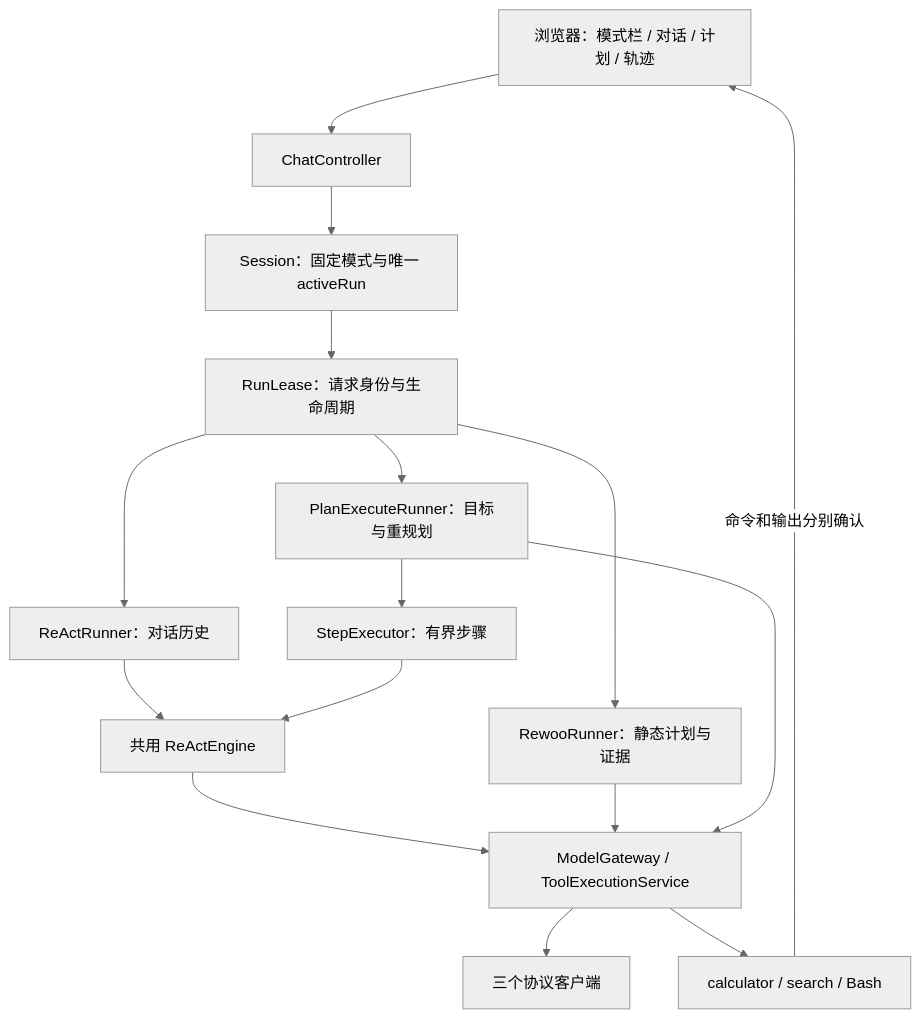
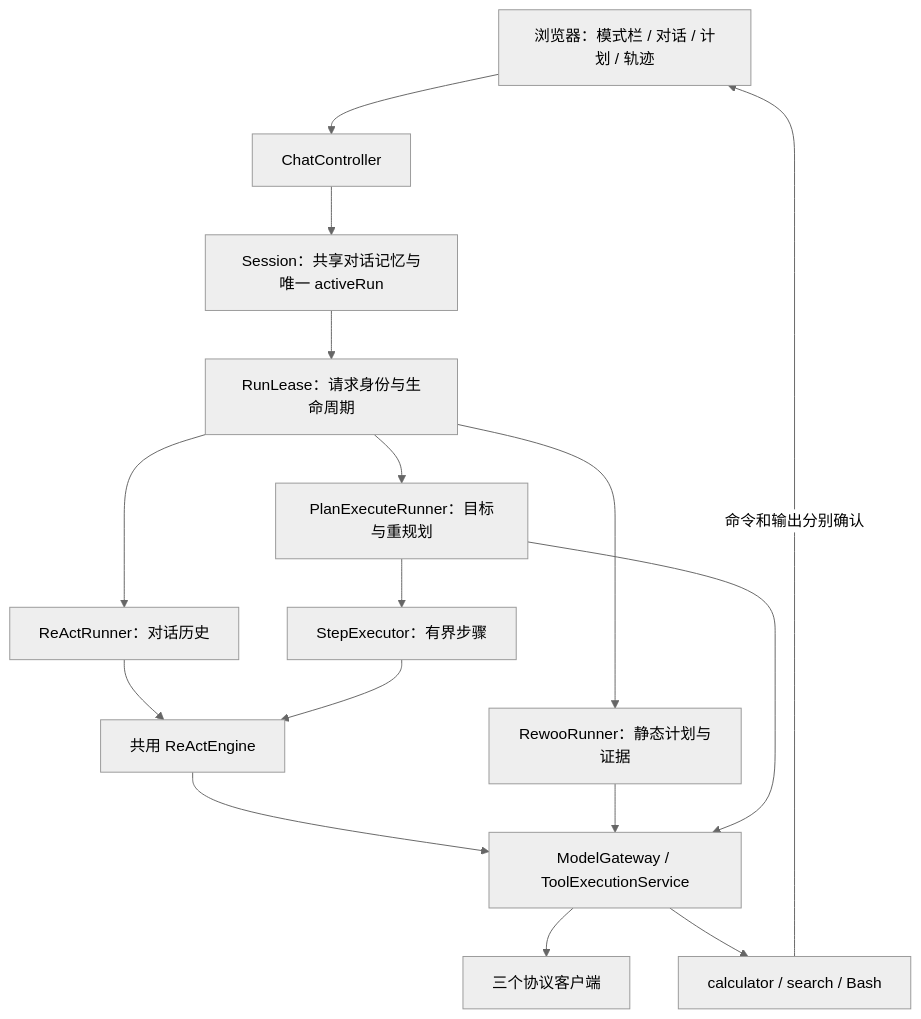
One commit to GLBB/ai-engineering-from-scratch changed the first of 2 diagrams in learning-artifacts/agent-loop/README.md. Above: the diagram before and after it, drawn with Mermaid (neutral theme). The commit also changed other lines of this file and 75 other files, not shown here.

````diff
--- a/learning-artifacts/agent-loop/README.md
+++ b/learning-artifacts/agent-loop/README.md
@@ -51,18 +77,18 @@
 ```mermaid
 flowchart TD
     Page[浏览器：模式栏 / 对话 / 计划 / 轨迹] --> HTTP[ChatController]
-    HTTP --> Session[Session：固定模式与唯一 activeRun]
+    HTTP --> Session[Session：共享对话记忆与唯一 activeRun]
     Session --> Lease[RunLease：请求身份与生命周期]
     Lease --> React[ReActRunner：对话历史]
     Lease --> Rewoo[RewooRunner：静态计划与证据]
     Lease --> PE[PlanExecuteRunner：目标与重规划]
     React --> Engine[共用 ReActEngine]
     PE --> Step[StepExecutor：有界步骤]
     Step --> Engine
     Engine --> Gateway[ModelGateway / ToolExecutionService]
     Rewoo --> Gateway
     PE --> Gateway
     Gateway --> Client[三个协议客户端]
     Gateway --> Tools[calculator / search / Bash]
     Tools -->|命令和输出分别确认| Page
 ```
````
